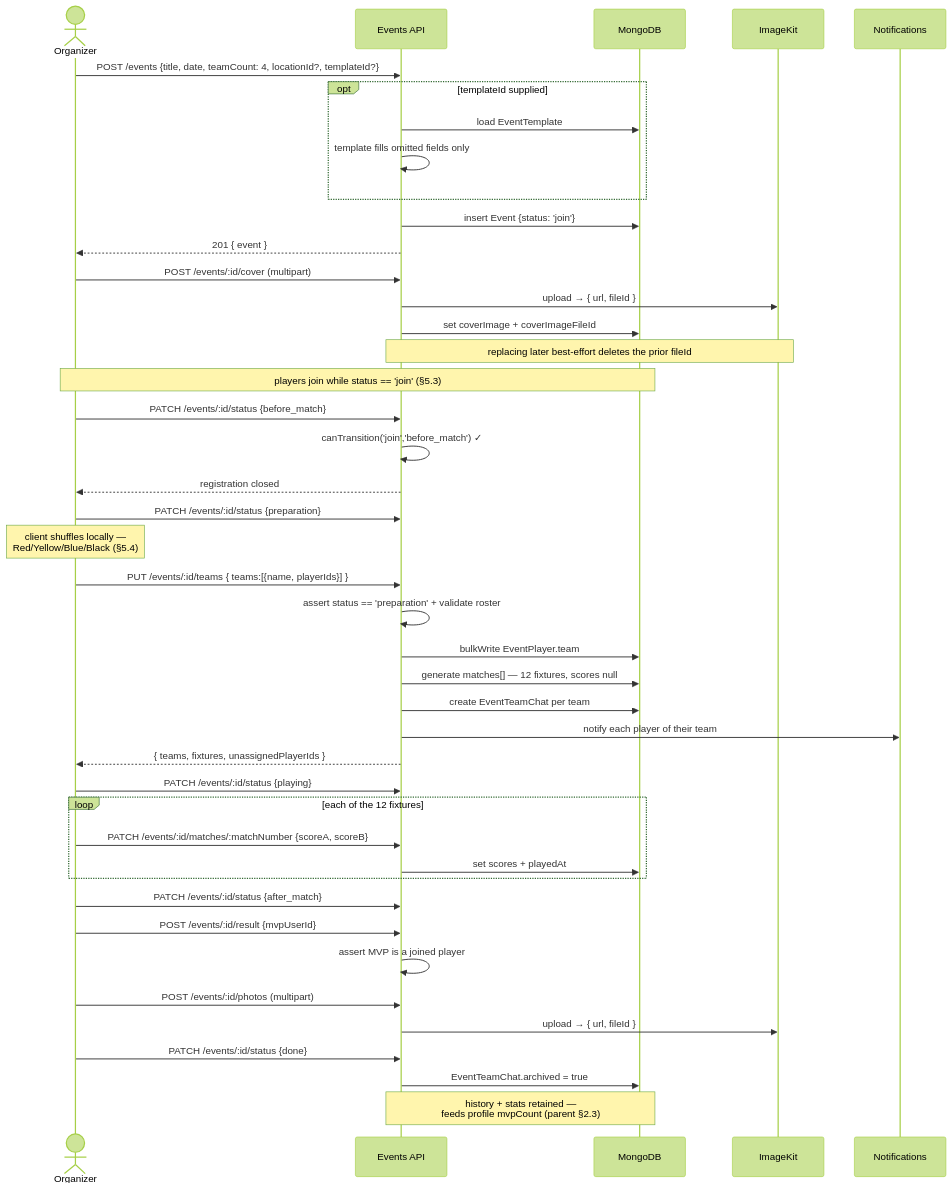
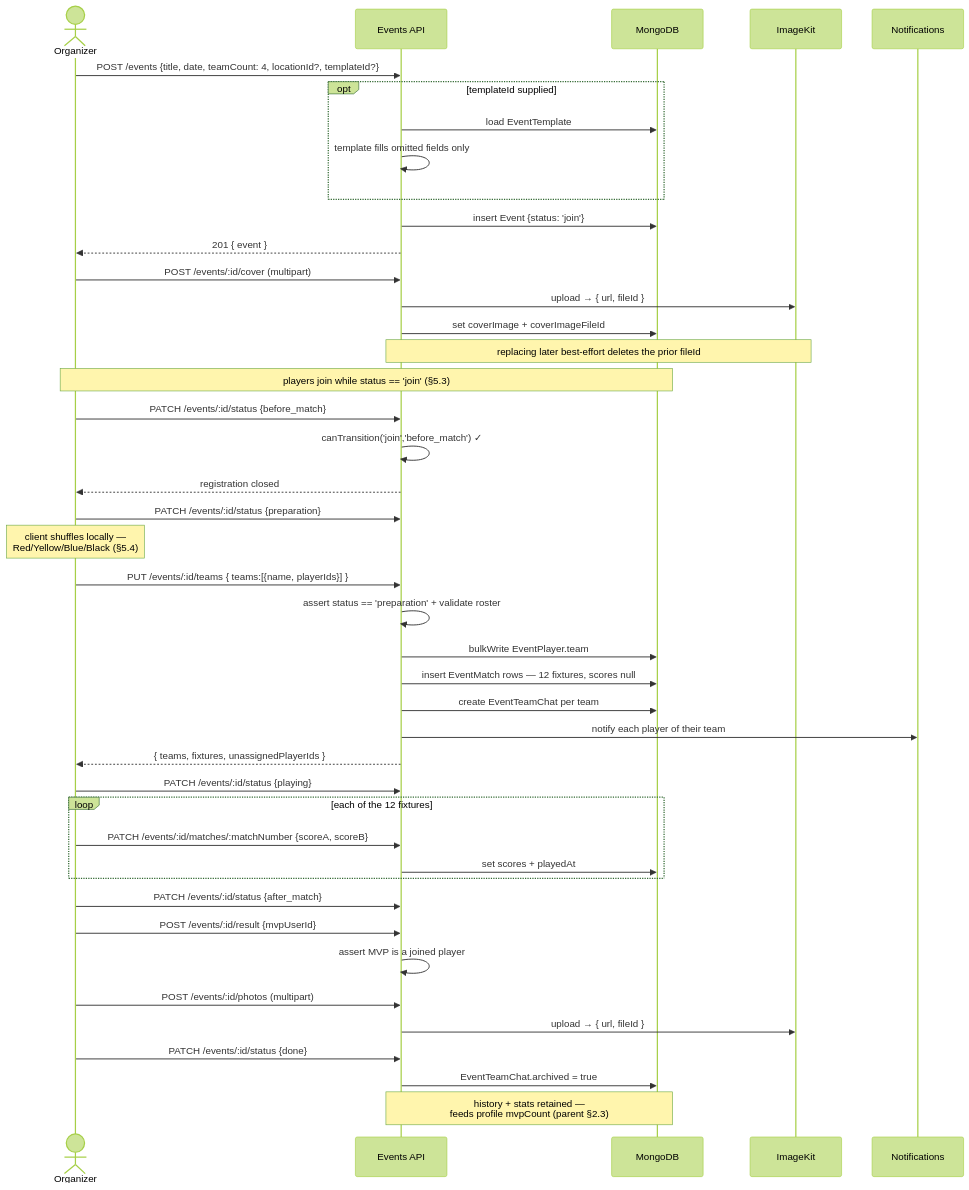
Before and after one commit to heinlinaung/kickr_backend: the diagram in docs/superpowers/diagrams/events-5-2-organizer-happy-path.mmd, drawn with Mermaid (forest theme). The commit also changed 15 other files, not shown here.

```diff
--- a/docs/superpowers/diagrams/events-5-2-organizer-happy-path.mmd
+++ b/docs/superpowers/diagrams/events-5-2-organizer-happy-path.mmd
@@ -1,54 +1,54 @@
 %% 5.2 Organizer happy path — create to archive
 %% Source of truth for this diagram. Rendered from ../specs/2026-08-03-events-feature-spec.md §5.2
 %% Edit here, not in the spec — the spec links to this file.
 sequenceDiagram
     actor O as Organizer
     participant API as Events API
     participant DB as MongoDB
     participant IK as ImageKit
     participant N as Notifications
 
     O->>API: POST /events {title, date, teamCount: 4, locationId?, templateId?}
     opt templateId supplied
         API->>DB: load EventTemplate
         API->>API: template fills omitted fields only
     end
     API->>DB: insert Event {status: 'join'}
     API-->>O: 201 { event }
 
     O->>API: POST /events/:id/cover (multipart)
     API->>IK: upload → { url, fileId }
     API->>DB: set coverImage + coverImageFileId
     Note over API,IK: replacing later best-effort deletes the prior fileId
 
     Note over O,DB: players join while status == 'join' (§5.3)
 
     O->>API: PATCH /events/:id/status {before_match}
     API->>API: canTransition('join','before_match') ✓
     API-->>O: registration closed
 
     O->>API: PATCH /events/:id/status {preparation}
     Note over O: client shuffles locally —<br/>Red/Yellow/Blue/Black (§5.4)
     O->>API: PUT /events/:id/teams { teams:[{name, playerIds}] }
     API->>API: assert status == 'preparation' + validate roster
     API->>DB: bulkWrite EventPlayer.team
-    API->>DB: generate matches[] — 12 fixtures, scores null
+    API->>DB: insert EventMatch rows — 12 fixtures, scores null
     API->>DB: create EventTeamChat per team
     API->>N: notify each player of their team
     API-->>O: { teams, fixtures, unassignedPlayerIds }
 
     O->>API: PATCH /events/:id/status {playing}
     loop each of the 12 fixtures
         O->>API: PATCH /events/:id/matches/:matchNumber {scoreA, scoreB}
         API->>DB: set scores + playedAt
     end
 
     O->>API: PATCH /events/:id/status {after_match}
     O->>API: POST /events/:id/result {mvpUserId}
     API->>API: assert MVP is a joined player
     O->>API: POST /events/:id/photos (multipart)
     API->>IK: upload → { url, fileId }
 
     O->>API: PATCH /events/:id/status {done}
     API->>DB: EventTeamChat.archived = true
     Note over API,DB: history + stats retained —<br/>feeds profile mvpCount (parent §2.3)
```
